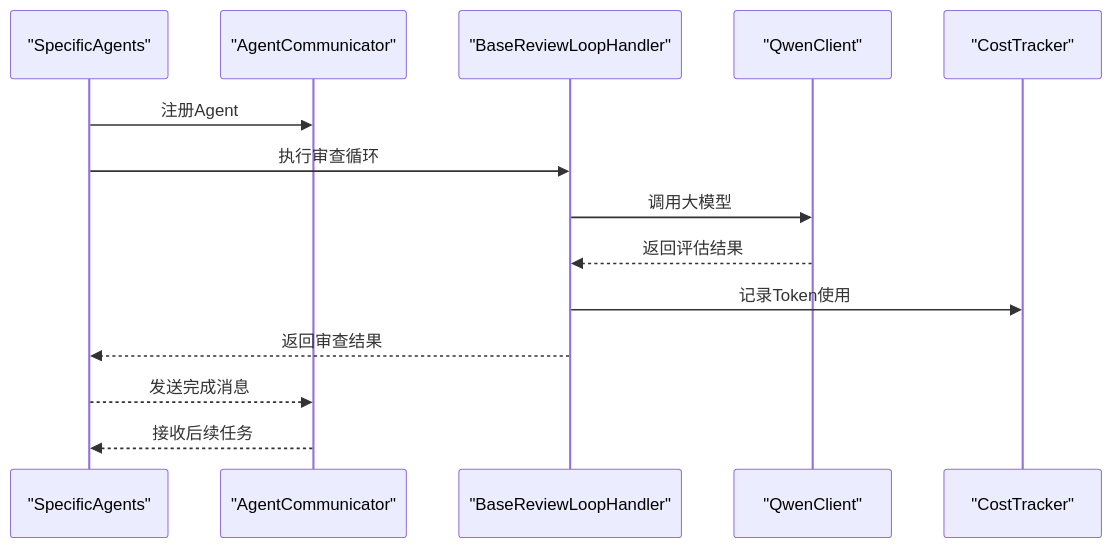
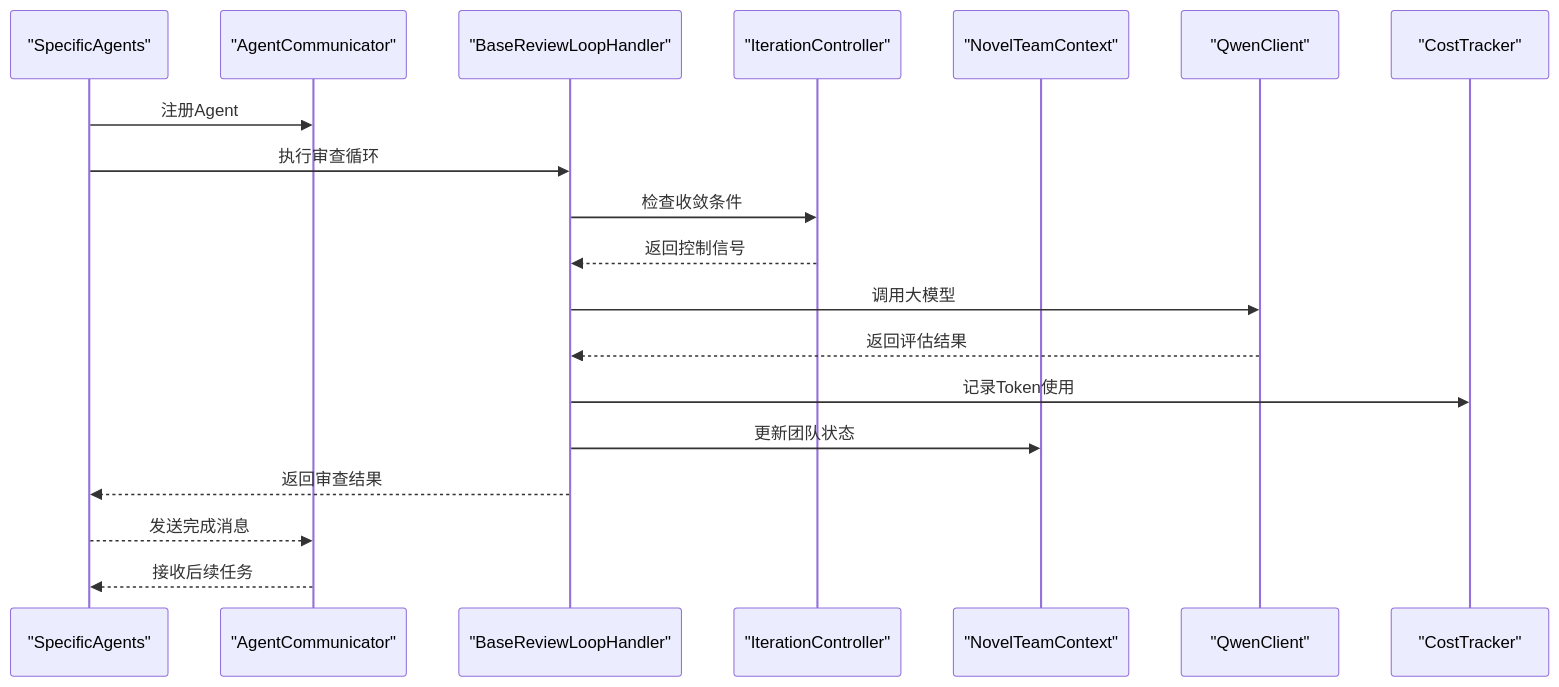
One commit to xfbyxq/ai-novel-system changed the second of 12 diagrams in .qoder/repowiki/zh/content/AI智能体系统/AI智能体系统.md. Above: the diagram before and after it, drawn with Mermaid. The commit also changed other lines of this file and 84 other files, not shown here.

````diff
--- a/.qoder/repowiki/zh/content/AI智能体系统/AI智能体系统.md
+++ b/.qoder/repowiki/zh/content/AI智能体系统/AI智能体系统.md
@@ -164,16 +188,21 @@
 ```mermaid
 sequenceDiagram
 participant Agent as "SpecificAgents"
 participant Comm as "AgentCommunicator"
 participant Base as "BaseReviewLoopHandler"
+participant IC as "IterationController"
+participant TC as "NovelTeamContext"
 participant Qwen as "QwenClient"
 participant Tracker as "CostTracker"
 Agent->>Comm : 注册Agent
 Agent->>Base : 执行审查循环
+Base->>IC : 检查收敛条件
+IC-->>Base : 返回控制信号
 Base->>Qwen : 调用大模型
 Qwen-->>Base : 返回评估结果
 Base->>Tracker : 记录Token使用
+Base->>TC : 更新团队状态
 Base-->>Agent : 返回审查结果
 Agent-->>Comm : 发送完成消息
 Comm-->>Agent : 接收后续任务
 ```
````
